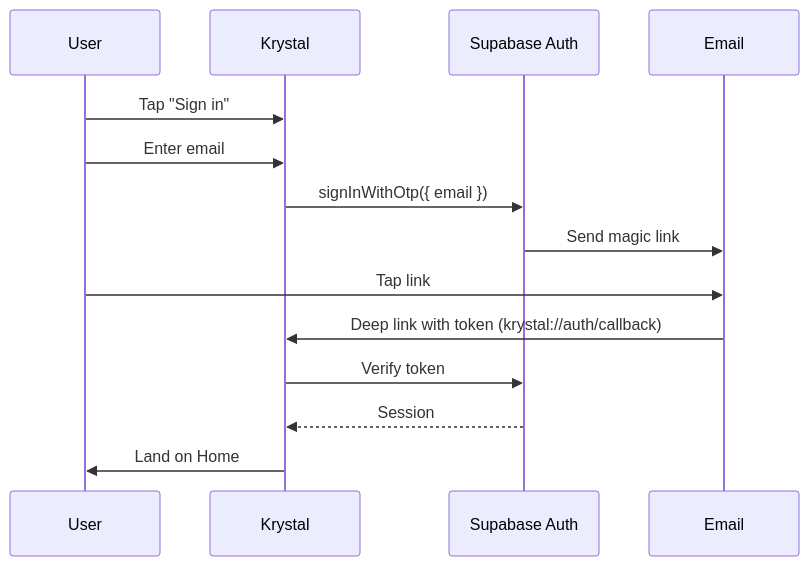
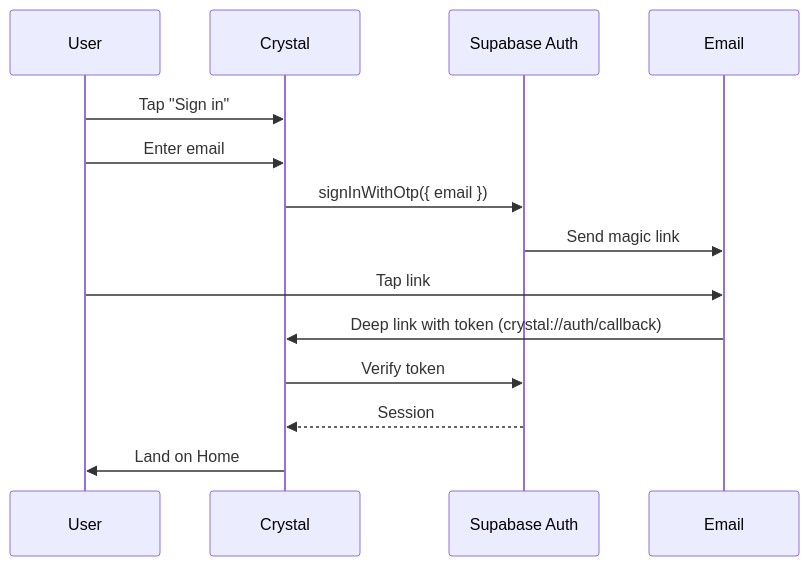
One commit to ggshoo/krystal changed the third of 3 diagrams in docs/ARCHITECTURE.md. Above: the diagram before and after it, drawn with Mermaid. The commit also changed other lines of this file and 28 other files, not shown here.

First line of the commit message:
docs: rename Krystal to Crystal and point to crystal.gigihsu.com

````diff
--- a/docs/ARCHITECTURE.md
+++ b/docs/ARCHITECTURE.md
@@ -182,16 +182,16 @@
 ```mermaid
 sequenceDiagram
   participant U as User
-  participant App as Krystal
+  participant App as Crystal
   participant SB as Supabase Auth
   participant Mail as Email
   U->>App: Tap "Sign in"
   U->>App: Enter email
   App->>SB: signInWithOtp({ email })
   SB->>Mail: Send magic link
   U->>Mail: Tap link
-  Mail->>App: Deep link with token (krystal://auth/callback)
+  Mail->>App: Deep link with token (crystal://auth/callback)
   App->>SB: Verify token
   SB-->>App: Session
   App->>U: Land on Home
 ```
````
